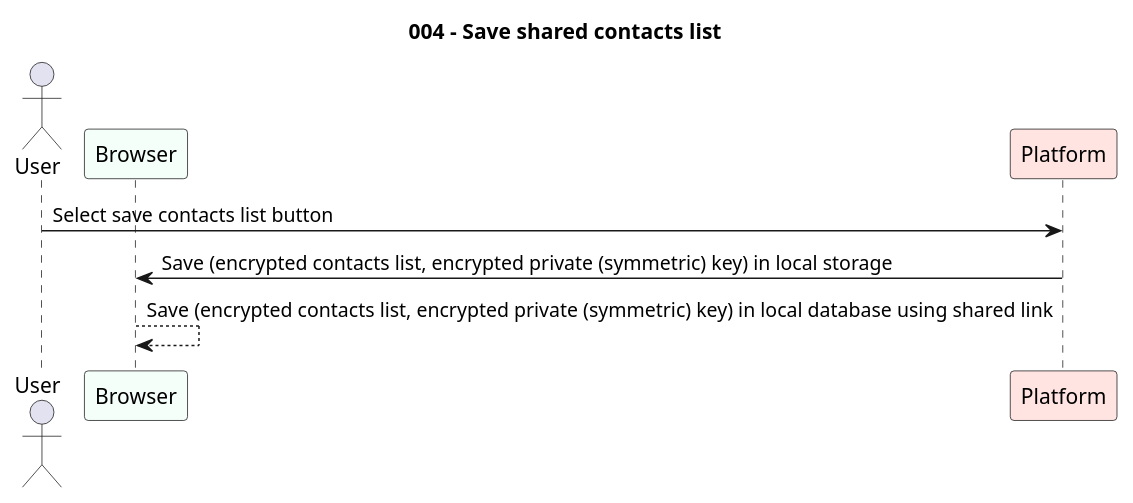
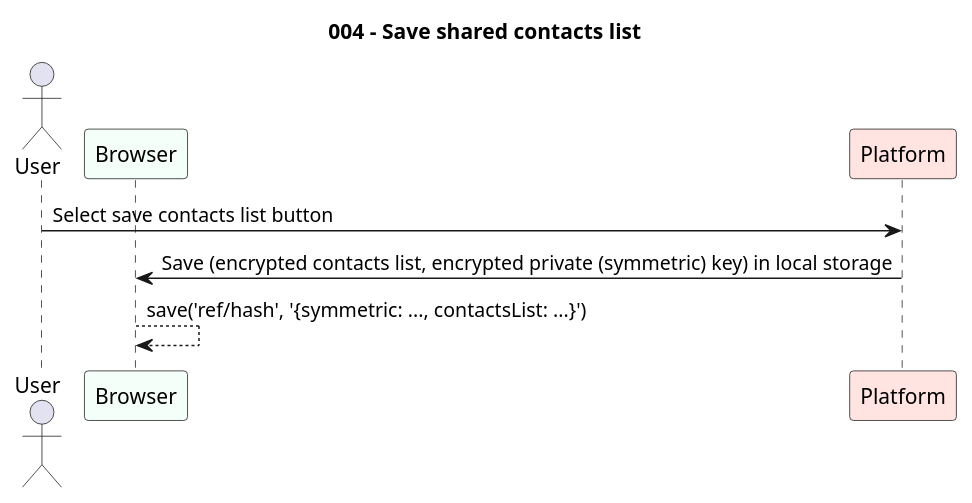
Before and after one commit to paginas-secretas/docs: the diagram in src/usecases/puml/004-save-shared-contacts-list.puml, drawn with PlantUML. The commit also changed 2 other files, not shown here.

Commit message:
docs(usecases): update diagrams related to the information stored in local database

```diff
--- a/src/usecases/puml/004-save-shared-contacts-list.puml
+++ b/src/usecases/puml/004-save-shared-contacts-list.puml
@@ -1,13 +1,13 @@
 @startuml 004-save-shared-contacts-list
 
 title "004 - Save shared contacts list"
 
 actor User
 participant Browser #MintCream
 participant "Platform" as PL #MistyRose
 
 User -> PL: Select save contacts list button
 PL -> Browser: Save (encrypted contacts list, encrypted private (symmetric) key) in local storage
-Browser --> Browser: Save (encrypted contacts list, encrypted private (symmetric) key) in local database using shared link
+Browser --> Browser: save('ref/hash', '{symmetric: ..., contactsList: ...}')
 
 @enduml
```
